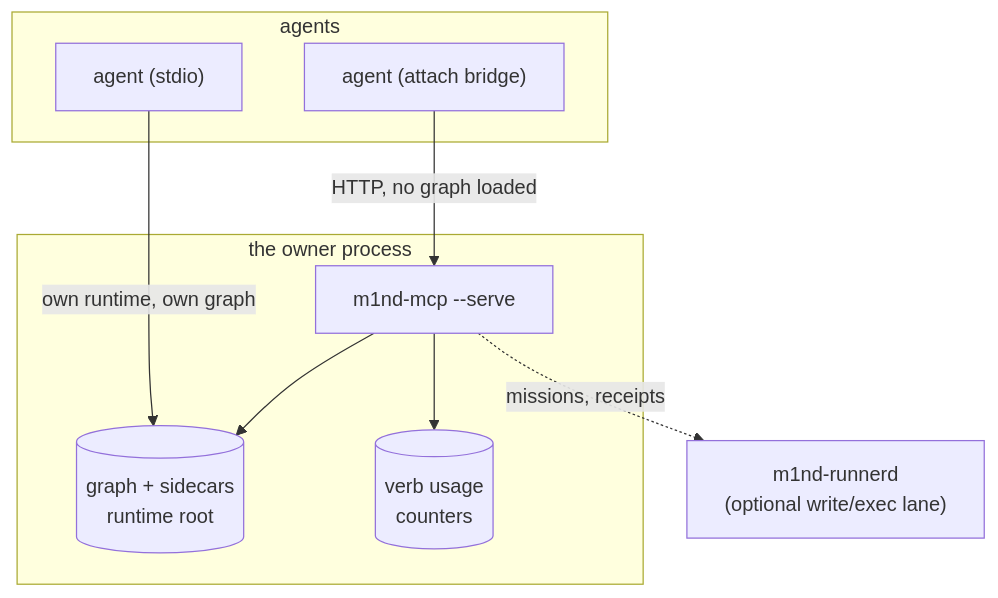
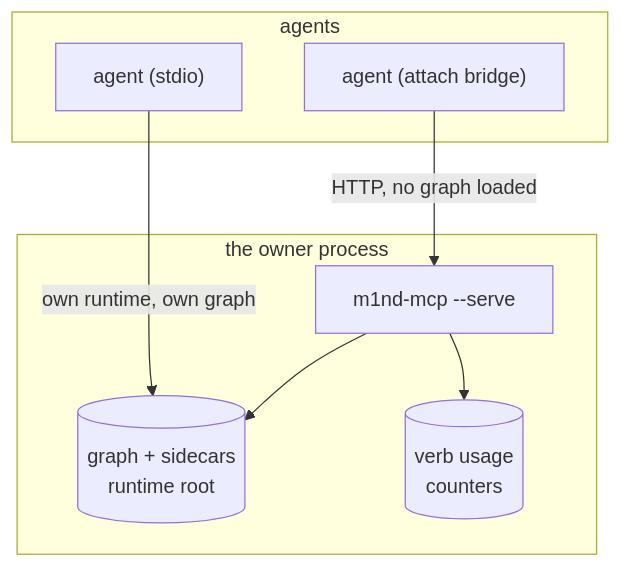
Before and after one commit to maxkle1nz/m1nd: the first of 3 diagrams in docs/MANUAL.md, drawn with Mermaid. The commit also changed other lines of this file and 128 other files, not shown here.

````diff
--- a/docs/MANUAL.md
+++ b/docs/MANUAL.md
@@ -35,18 +37,16 @@
 ```mermaid
 flowchart TB
   subgraph AG["agents"]
     A1["agent (stdio)"]
     A2["agent (attach bridge)"]
   end
   subgraph OWN["the owner process"]
     S["m1nd-mcp --serve"]
     G[("graph + sidecars<br/>runtime root")]
     T[("verb usage<br/>counters")]
   end
-  R["m1nd-runnerd<br/>(optional write/exec lane)"]
   A1 -->|"own runtime, own graph"| G
   A2 -->|"HTTP, no graph loaded"| S
   S --> G
   S --> T
-  S -.->|"missions, receipts"| R
 ```
````
